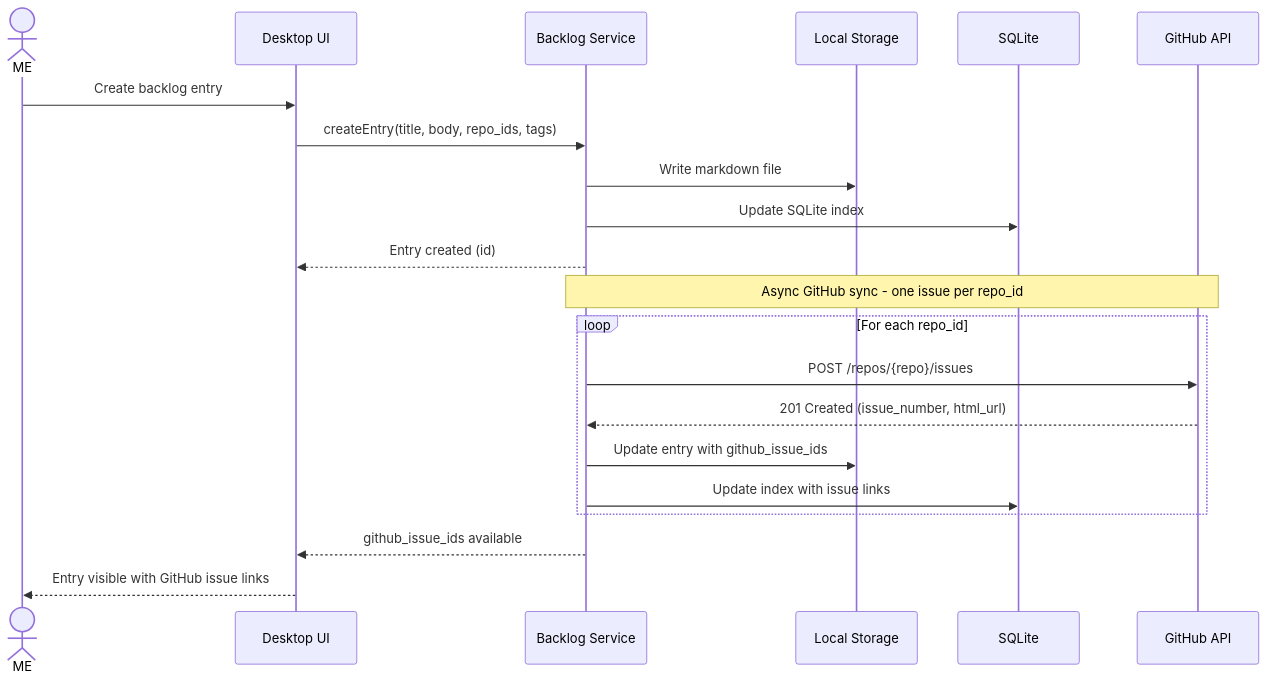
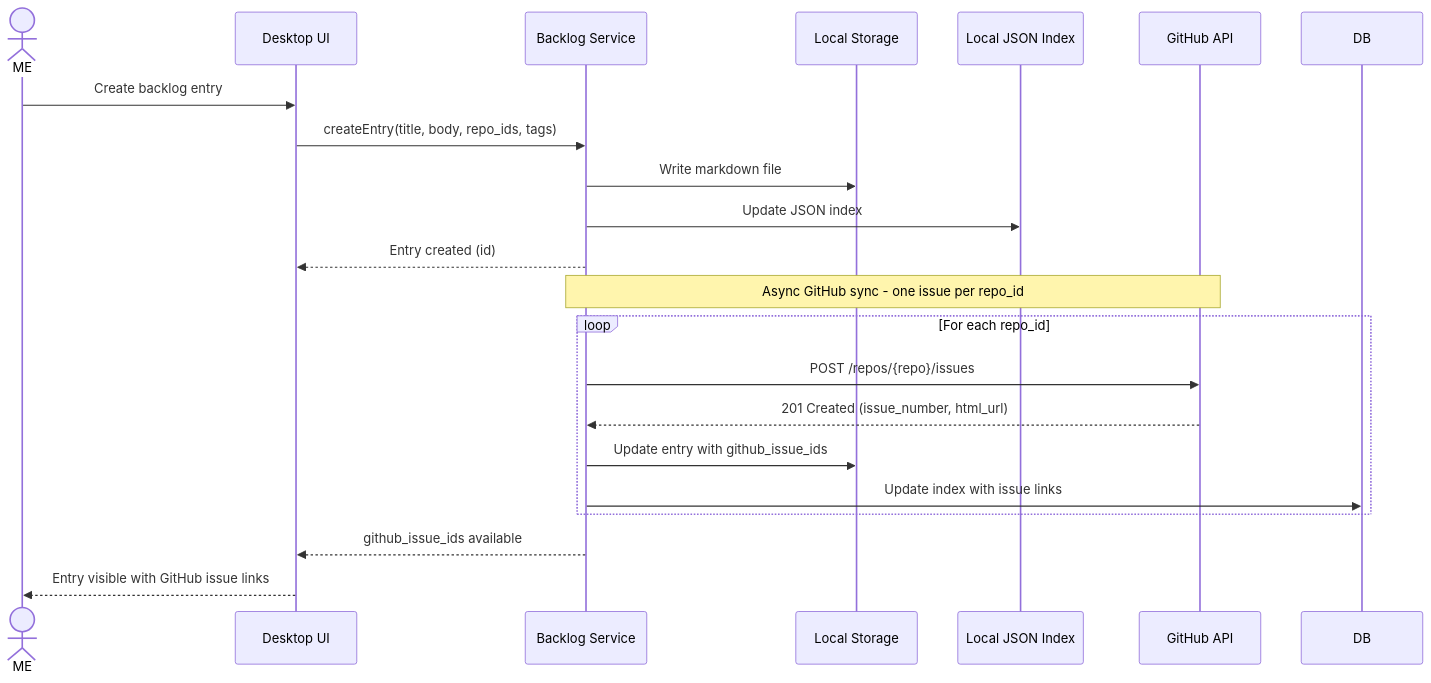
Before and after one commit to JSdotNet/Backlog: the first of 7 diagrams in .arc42/06-runtime-view.md, drawn with Mermaid. The commit also changed other lines of this file and 8 other files, not shown here.

First line of the commit message:
Use JSON for local storage in arc42 docs

````diff
--- a/.arc42/06-runtime-view.md
+++ b/.arc42/06-runtime-view.md
@@ -21,26 +21,26 @@
 ```mermaid
 sequenceDiagram
     actor ME
     participant UI as Desktop UI
     participant Backlog as Backlog Service
     participant Store as Local Storage
-    participant DB as SQLite
+    participant Index as Local JSON Index
     participant GitHub as GitHub API
 
     ME->>UI: Create backlog entry
     UI->>Backlog: createEntry(title, body, repo_ids, tags)
     Backlog->>Store: Write markdown file
-    Backlog->>DB: Update SQLite index
+    Backlog->>Index: Update JSON index
     Backlog-->>UI: Entry created (id)
 
     Note over Backlog,GitHub: Async GitHub sync - one issue per repo_id
     loop For each repo_id
         Backlog->>GitHub: POST /repos/{repo}/issues
         GitHub-->>Backlog: 201 Created (issue_number, html_url)
         Backlog->>Store: Update entry with github_issue_ids
         Backlog->>DB: Update index with issue links
     end
 
     Backlog-->>UI: github_issue_ids available
     UI-->>ME: Entry visible with GitHub issue links
 ```
````
